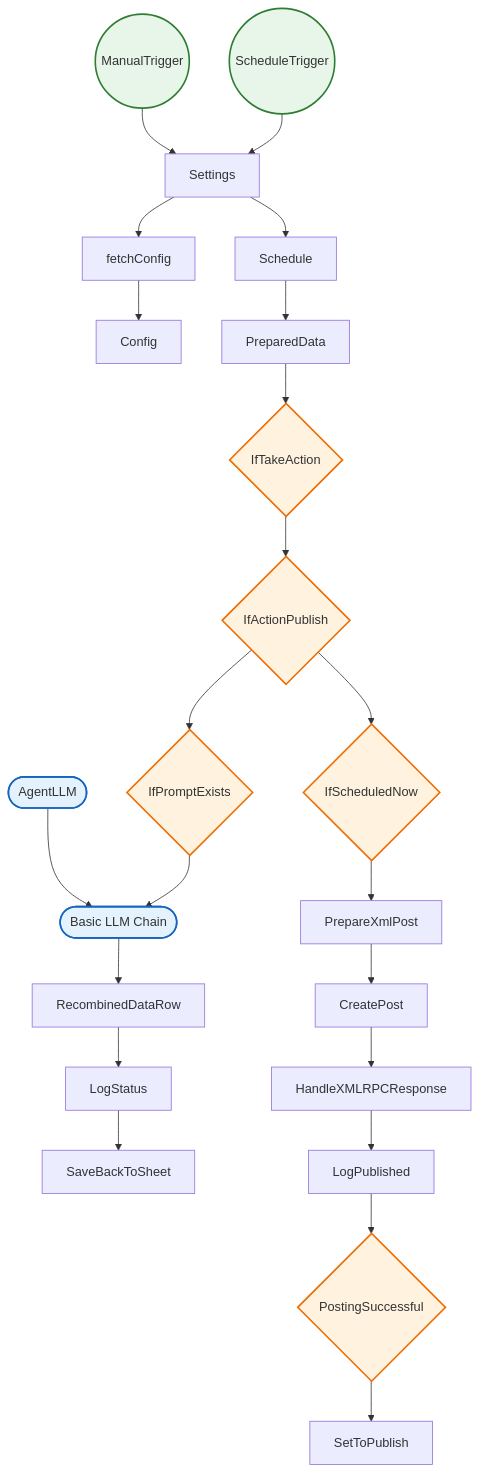
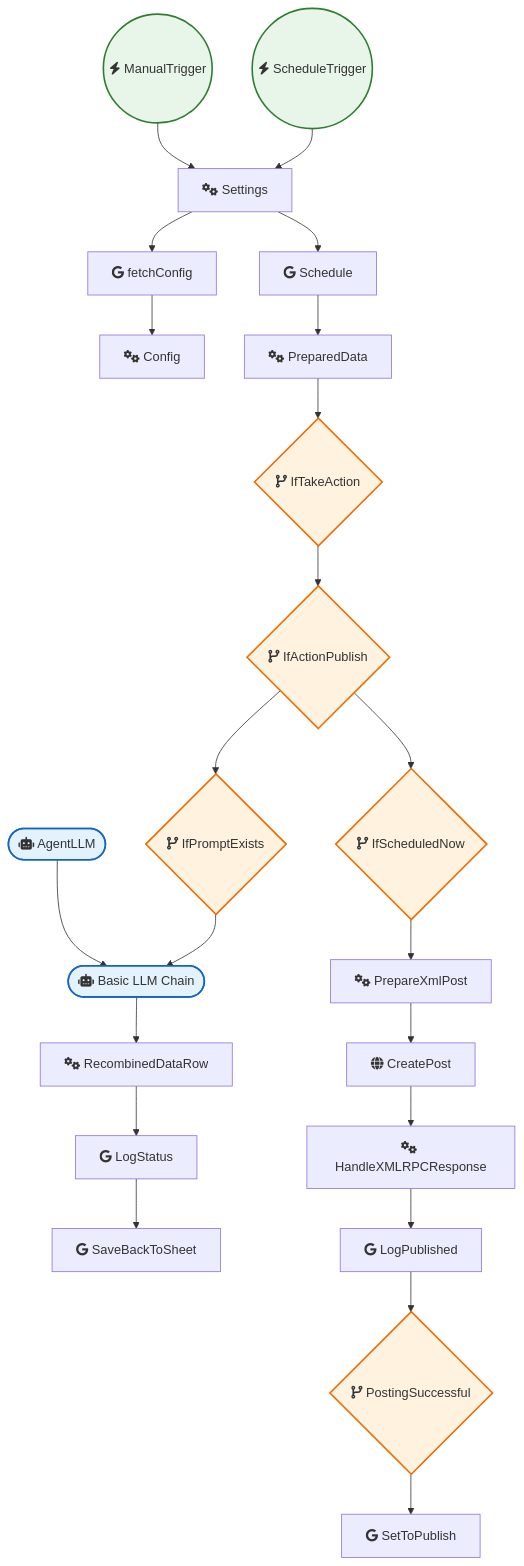
One commit to sreyash3105/N8N-DEMO-AUTOMATIONS changed the diagram in Google_Drive_and_Google_Sheets/Blog Automation Template.md. Above: the diagram before and after it, drawn with Mermaid. The commit also changed 291 other files, not shown here.

````diff
--- a/Google_Drive_and_Google_Sheets/Blog Automation Template.md
+++ b/Google_Drive_and_Google_Sheets/Blog Automation Template.md
@@ -1,51 +1,51 @@
 ```mermaid
 graph TD
     classDef trigger fill:#e8f5e9,stroke:#2e7d32,stroke-width:2px;
     classDef ai fill:#e3f2fd,stroke:#1565c0,stroke-width:2px;
     classDef logic fill:#fff3e0,stroke:#ef6c00,stroke-width:2px;
 
-    Settings["Settings"]
-    ScheduleTrigger(("ScheduleTrigger")):::trigger
-    ManualTrigger(("ManualTrigger")):::trigger
-    Schedule["Schedule"]
-    Config["Config"]
-    fetchConfig["fetchConfig"]
-    AgentLLM(["AgentLLM"]):::ai
-    IfScheduledNow{"IfScheduledNow"}:::logic
-    PreparedData["PreparedData"]
-    RecombinedDataRow["RecombinedDataRow"]
-    SaveBackToSheet["SaveBackToSheet"]
-    IfActionPublish{"IfActionPublish"}:::logic
-    IfTakeAction{"IfTakeAction"}:::logic
-    IfPromptExists{"IfPromptExists"}:::logic
-    Basic_LLM_Chain(["Basic LLM Chain"]):::ai
-    CreatePost["CreatePost"]
-    SetToPublish["SetToPublish"]
-    PrepareXmlPost["PrepareXmlPost"]
-    HandleXMLRPCResponse["HandleXMLRPCResponse"]
-    PostingSuccessful{"PostingSuccessful"}:::logic
-    LogStatus["LogStatus"]
-    LogPublished["LogPublished"]
+    Settings["fas:fa-cogs Settings"]
+    ScheduleTrigger(("fas:fa-bolt ScheduleTrigger")):::trigger
+    ManualTrigger(("fas:fa-bolt ManualTrigger")):::trigger
+    Schedule["fab:fa-google Schedule"]
+    Config["fas:fa-cogs Config"]
+    fetchConfig["fab:fa-google fetchConfig"]
+    AgentLLM(["fas:fa-robot AgentLLM"]):::ai
+    IfScheduledNow{"fas:fa-code-branch IfScheduledNow"}:::logic
+    PreparedData["fas:fa-cogs PreparedData"]
+    RecombinedDataRow["fas:fa-cogs RecombinedDataRow"]
+    SaveBackToSheet["fab:fa-google SaveBackToSheet"]
+    IfActionPublish{"fas:fa-code-branch IfActionPublish"}:::logic
+    IfTakeAction{"fas:fa-code-branch IfTakeAction"}:::logic
+    IfPromptExists{"fas:fa-code-branch IfPromptExists"}:::logic
+    Basic_LLM_Chain(["fas:fa-robot Basic LLM Chain"]):::ai
+    CreatePost["fas:fa-globe CreatePost"]
+    SetToPublish["fab:fa-google SetToPublish"]
+    PrepareXmlPost["fas:fa-cogs PrepareXmlPost"]
+    HandleXMLRPCResponse["fas:fa-cogs HandleXMLRPCResponse"]
+    PostingSuccessful{"fas:fa-code-branch PostingSuccessful"}:::logic
+    LogStatus["fab:fa-google LogStatus"]
+    LogPublished["fab:fa-google LogPublished"]
 
     AgentLLM --> Basic_LLM_Chain
     Schedule --> PreparedData
     Settings --> fetchConfig
     Settings --> Schedule
     LogStatus --> SaveBackToSheet
     CreatePost --> HandleXMLRPCResponse
     fetchConfig --> Config
     IfTakeAction --> IfActionPublish
     LogPublished --> PostingSuccessful
     PreparedData --> IfTakeAction
     ManualTrigger --> Settings
     IfPromptExists --> Basic_LLM_Chain
     IfScheduledNow --> PrepareXmlPost
     PrepareXmlPost --> CreatePost
     Basic_LLM_Chain --> RecombinedDataRow
     IfActionPublish --> IfScheduledNow
     IfActionPublish --> IfPromptExists
     ScheduleTrigger --> Settings
     PostingSuccessful --> SetToPublish
     RecombinedDataRow --> LogStatus
     HandleXMLRPCResponse --> LogPublished
 ```
````
